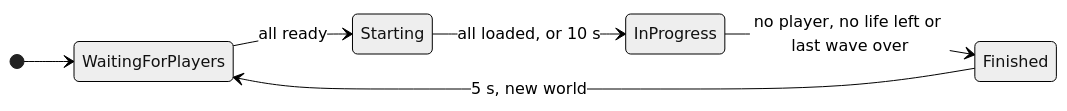
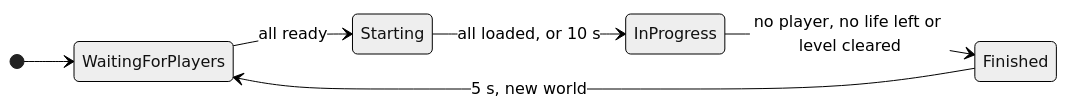
Before and after one commit to nique-epi/R-Type: the second of 3 diagrams in docs/src/content/docs/server.md, drawn with Mermaid (neutral theme). The commit also changed other lines of this file and 9 other files, not shown here.

````diff
--- a/docs/src/content/docs/server.md
+++ b/docs/src/content/docs/server.md
@@ -80,11 +80,11 @@
 ```mermaid
 stateDiagram-v2
   accTitle: The states of a game
-  accDescr: A game starts in WaitingForPlayers. It goes to Starting when every connected player is ready, to InProgress when the players have loaded the game or after 10 seconds, to Finished when no player is left, no player has a life left or the last wave is over, and back to WaitingForPlayers with a new world after 5 seconds.
+  accDescr: A game starts in WaitingForPlayers. It goes to Starting when every connected player is ready, to InProgress when the players have loaded the game or after 10 seconds, to Finished when no player is left, no player has a life left or the level is cleared, and back to WaitingForPlayers with a new world after 5 seconds.
   direction LR
   [*] --> WaitingForPlayers
   WaitingForPlayers --> Starting: all ready
   Starting --> InProgress: all loaded, or 10 s
-  InProgress --> Finished: no player, no life left or last wave over
+  InProgress --> Finished: no player, no life left or level cleared
   Finished --> WaitingForPlayers: 5 s, new world
 ```
````
